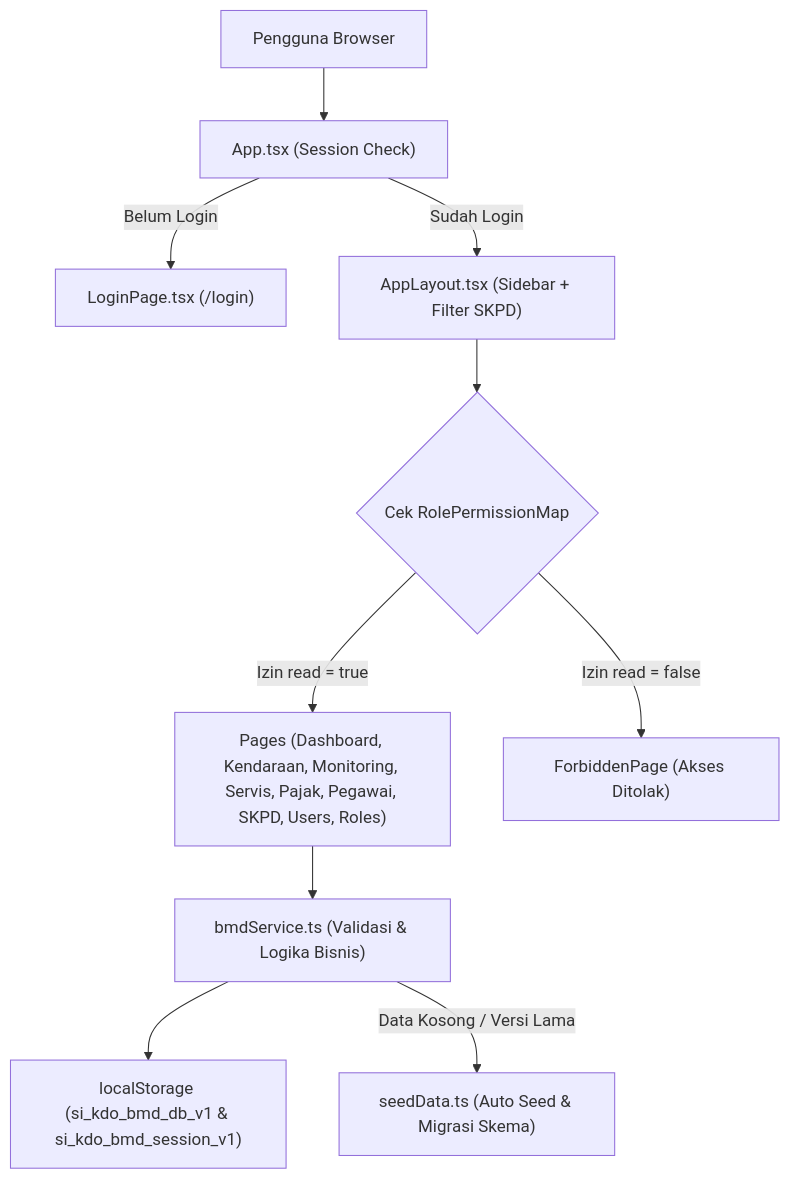
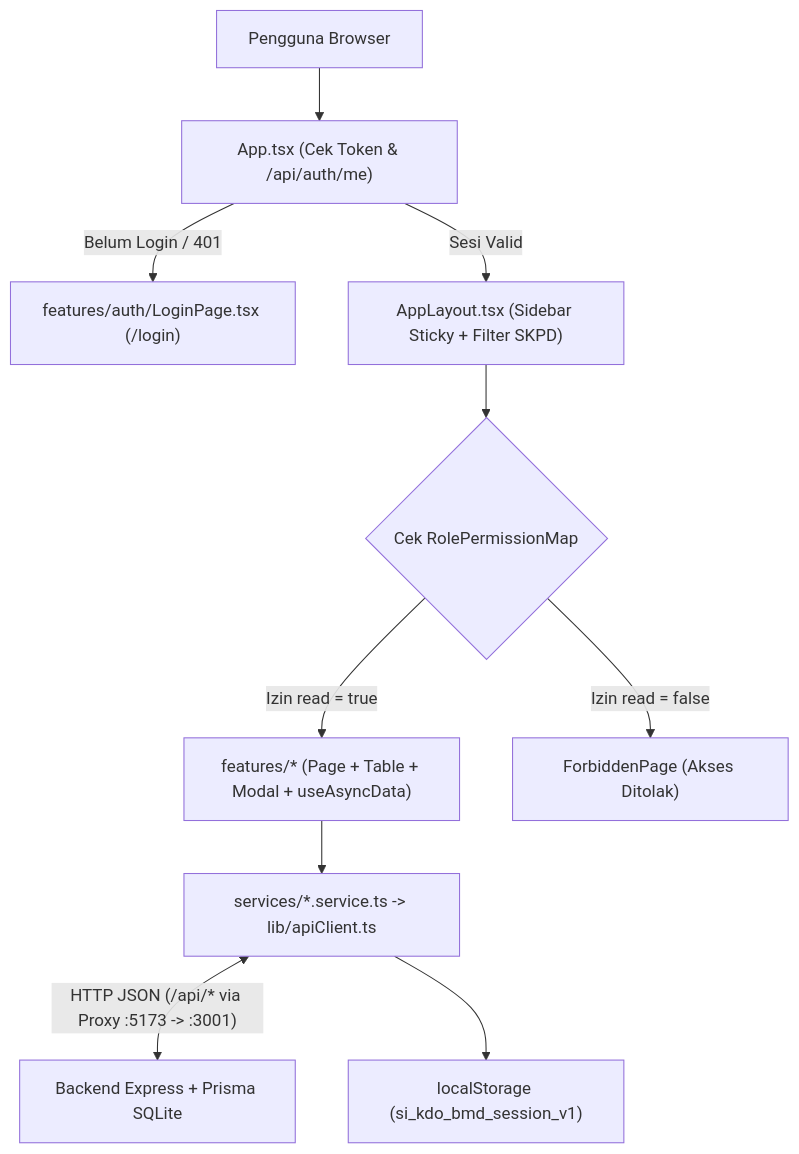
Before and after one commit to nufairif/Sistem-Kendaraan-Dinas: the diagram in frontend/README.md, drawn with Mermaid. The commit also changed other lines of this file and 78 other files, not shown here.

````diff
--- a/frontend/README.md
+++ b/frontend/README.md
@@ -91,12 +118,12 @@
 ```mermaid
 flowchart TD
-    User["Pengguna Browser"] --> App["App.tsx (Session Check)"]
-    App -->|"Belum Login"| Login["LoginPage.tsx (/login)"]
-    App -->|"Sudah Login"| Layout["AppLayout.tsx (Sidebar + Filter SKPD)"]
+    User["Pengguna Browser"] --> App["App.tsx (Cek Token & /api/auth/me)"]
+    App -->|"Belum Login / 401"| Login["features/auth/LoginPage.tsx (/login)"]
+    App -->|"Sesi Valid"| Layout["AppLayout.tsx (Sidebar Sticky + Filter SKPD)"]
     Layout --> Guard{"Cek RolePermissionMap"}
-    Guard -->|"Izin read = true"| Pages["Pages (Dashboard, Kendaraan, Monitoring, Servis, Pajak, Pegawai, SKPD, Users, Roles)"]
+    Guard -->|"Izin read = true"| Features["features/* (Page + Table + Modal + useAsyncData)"]
     Guard -->|"Izin read = false"| Forbidden["ForbiddenPage (Akses Ditolak)"]
-    Pages --> Service["bmdService.ts (Validasi & Logika Bisnis)"]
-    Service --> Storage["localStorage (si_kdo_bmd_db_v1 & si_kdo_bmd_session_v1)"]
-    Service -->|"Data Kosong / Versi Lama"| Seed["seedData.ts (Auto Seed & Migrasi Skema)"]
+    Features --> Services["services/*.service.ts -> lib/apiClient.ts"]
+    Services <-->|"HTTP JSON (/api/* via Proxy :5173 -> :3001)"| Backend["Backend Express + Prisma SQLite"]
+    Services --> Session["localStorage (si_kdo_bmd_session_v1)"]
 ```
````
